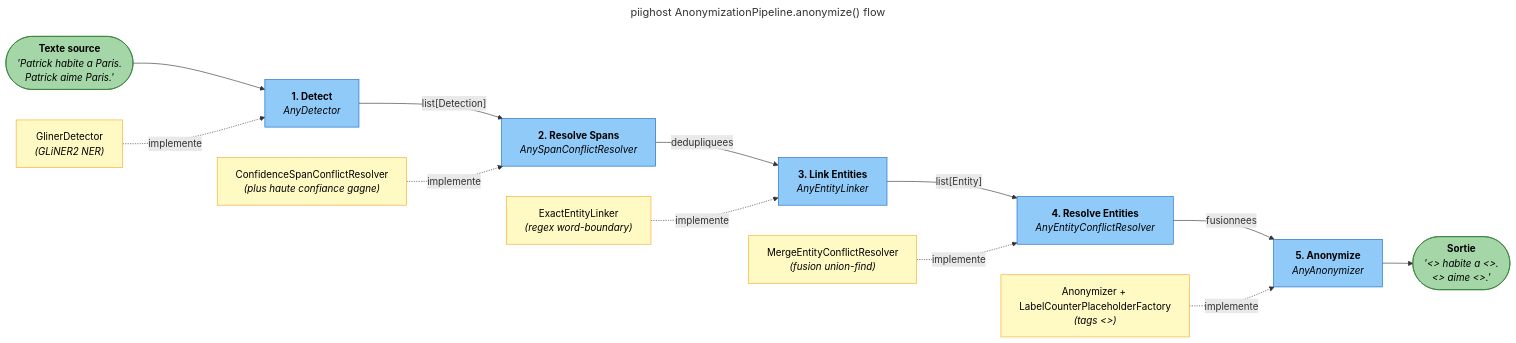
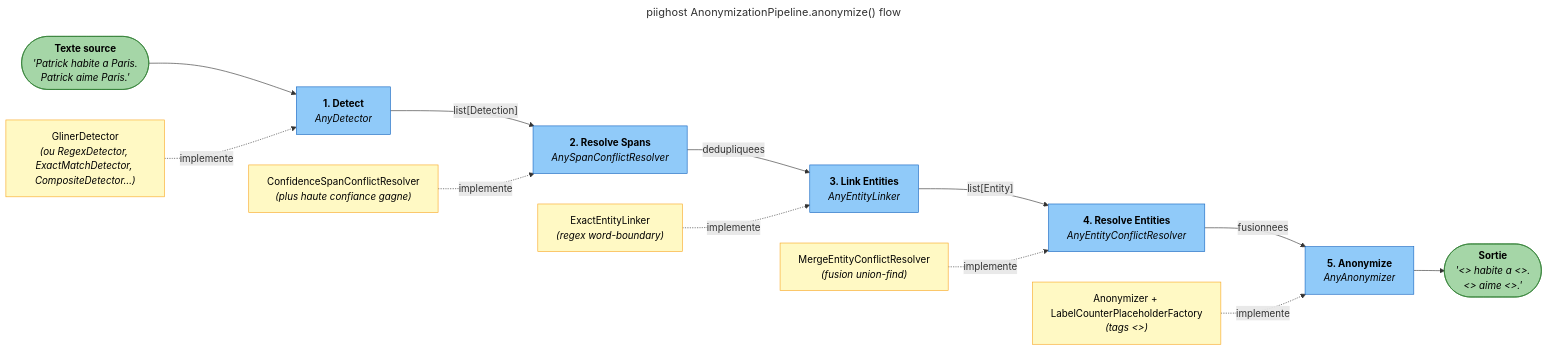
Before and after one commit to Athroniaeth/piighost: the second of 4 diagrams in docs/fr/architecture.md, drawn with Mermaid. The commit also changed other lines of this file and 9 other files, not shown here.

````diff
--- a/docs/fr/architecture.md
+++ b/docs/fr/architecture.md
@@ -89,52 +89,52 @@
 ```mermaid
 ---
 title: "piighost AnonymizationPipeline.anonymize() flow"
 ---
 flowchart LR
     classDef stage fill:#90CAF9,stroke:#1565C0,color:#000
     classDef protocol fill:#FFF9C4,stroke:#F9A825,color:#000
     classDef data fill:#A5D6A7,stroke:#2E7D32,color:#000
 
     INPUT(["`**Texte source**
     _'Patrick habite a Paris.
     Patrick aime Paris.'_`"]):::data
 
     DETECT["`**1. Detect**
     _AnyDetector_`"]:::stage
     RESOLVE_SPANS["`**2. Resolve Spans**
     _AnySpanConflictResolver_`"]:::stage
     LINK["`**3. Link Entities**
     _AnyEntityLinker_`"]:::stage
     RESOLVE_ENTITIES["`**4. Resolve Entities**
     _AnyEntityConflictResolver_`"]:::stage
     ANONYMIZE["`**5. Anonymize**
     _AnyAnonymizer_`"]:::stage
 
     OUTPUT(["`**Sortie**
     _'<<PERSON:1>> habite a <<LOCATION:1>>.
     <<PERSON:1>> aime <<LOCATION:1>>.'_`"]):::data
 
     INPUT --> DETECT
     DETECT -- "list[Detection]" --> RESOLVE_SPANS
     RESOLVE_SPANS -- "dedupliquees" --> LINK
     LINK -- "list[Entity]" --> RESOLVE_ENTITIES
     RESOLVE_ENTITIES -- "fusionnees" --> ANONYMIZE
     ANONYMIZE --> OUTPUT
 
     P_DETECT["`GlinerDetector
-    _(GLiNER2 NER)_`"]:::protocol
+    _(ou RegexDetector, ExactMatchDetector, CompositeDetector…)_`"]:::protocol
     P_RESOLVE_SPANS["`ConfidenceSpanConflictResolver
     _(plus haute confiance gagne)_`"]:::protocol
     P_LINK["`ExactEntityLinker
     _(regex word-boundary)_`"]:::protocol
     P_RESOLVE_ENTITIES["`MergeEntityConflictResolver
     _(fusion union-find)_`"]:::protocol
     P_ANONYMIZE["`Anonymizer + LabelCounterPlaceholderFactory
     _(tags <<LABEL:N>>)_`"]:::protocol
 
     P_DETECT -. "implemente" .-> DETECT
     P_RESOLVE_SPANS -. "implemente" .-> RESOLVE_SPANS
     P_LINK -. "implemente" .-> LINK
     P_RESOLVE_ENTITIES -. "implemente" .-> RESOLVE_ENTITIES
     P_ANONYMIZE -. "implemente" .-> ANONYMIZE
 ```
````
